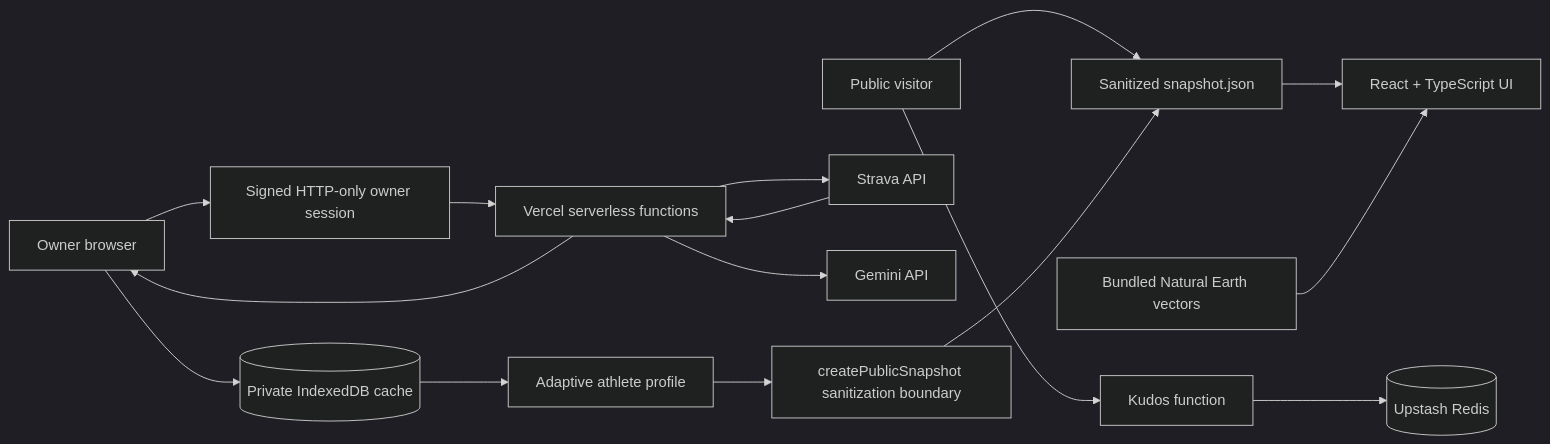
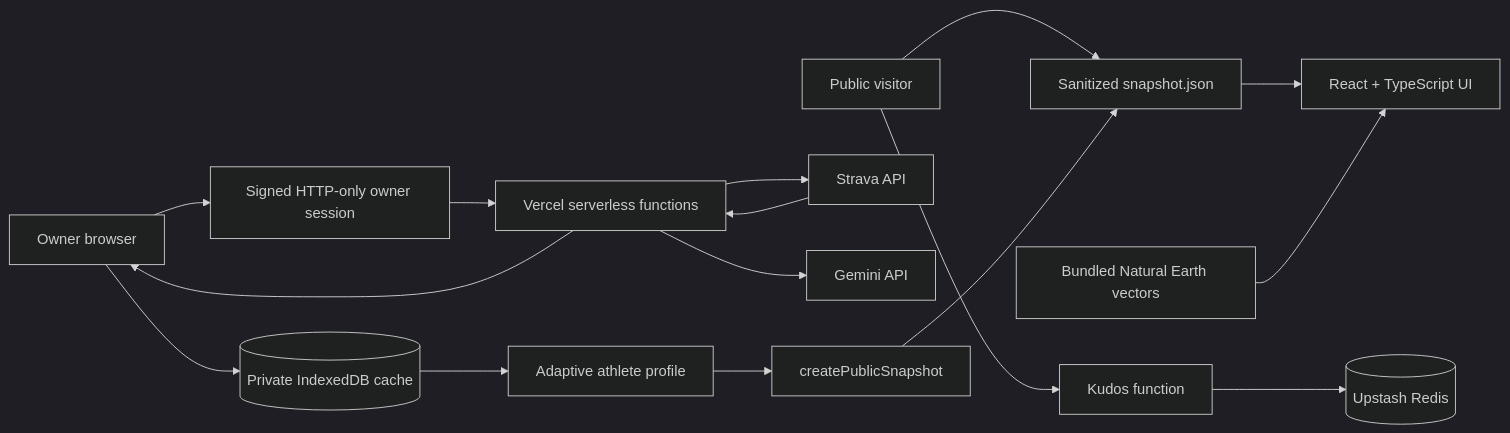
One commit to NikhileshThiru/runaround changed the diagram in README.md. Above: the diagram before and after it, drawn with Mermaid (dark theme). The commit also changed other lines of this file and 3 other files, not shown here.

````diff
--- a/README.md
+++ b/README.md
@@ -25,20 +81,20 @@
 ```mermaid
 flowchart LR
   Public[Public visitor] --> Snapshot[Sanitized snapshot.json]
   Public --> Kudos[Kudos function]
   Kudos --> Redis[(Upstash Redis)]
   Snapshot --> React[React + TypeScript UI]
   Maps[Bundled Natural Earth vectors] --> React
 
   Owner[Owner browser] --> Session[Signed HTTP-only owner session]
   Session --> API[Vercel serverless functions]
   API --> Strava[Strava API]
   API --> Gemini[Gemini API]
 
   Strava --> API
   API --> Owner
   Owner --> IDB[(Private IndexedDB cache)]
   IDB --> Profile[Adaptive athlete profile]
-  Profile --> Sanitizer[createPublicSnapshot sanitization boundary]
+  Profile --> Sanitizer[createPublicSnapshot]
   Sanitizer --> Snapshot
 ```
````
